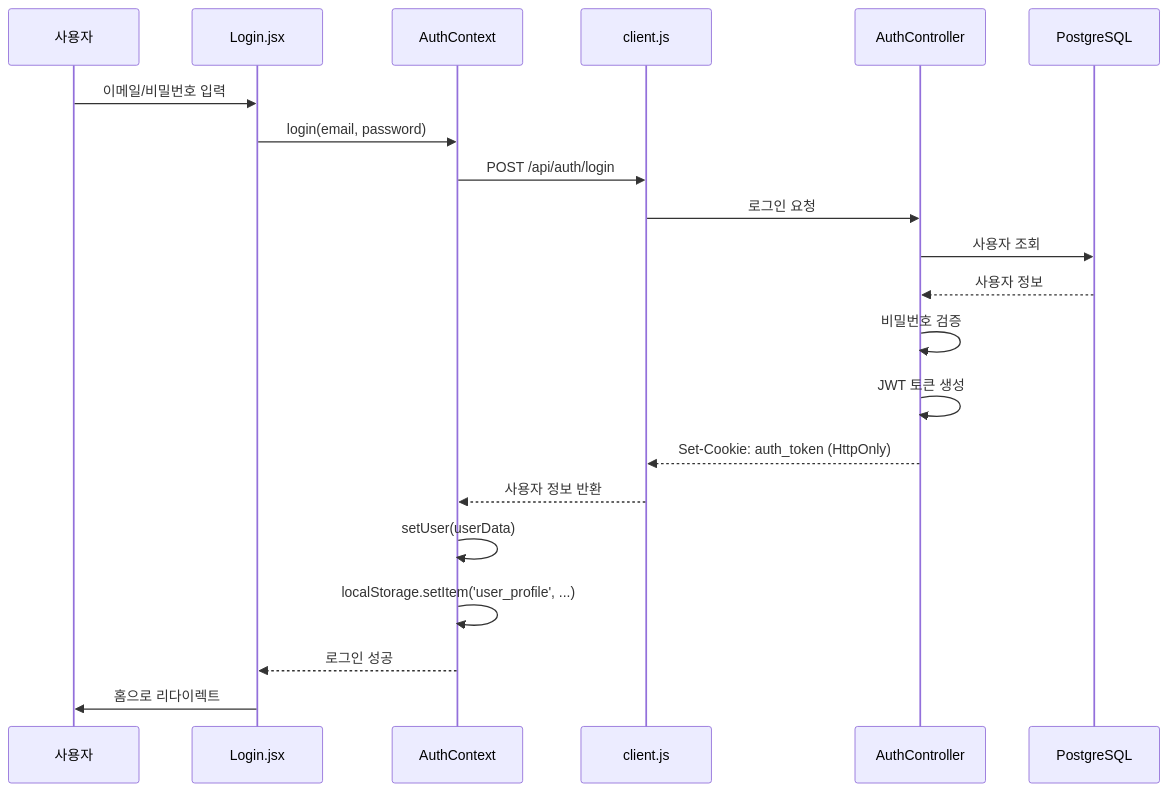
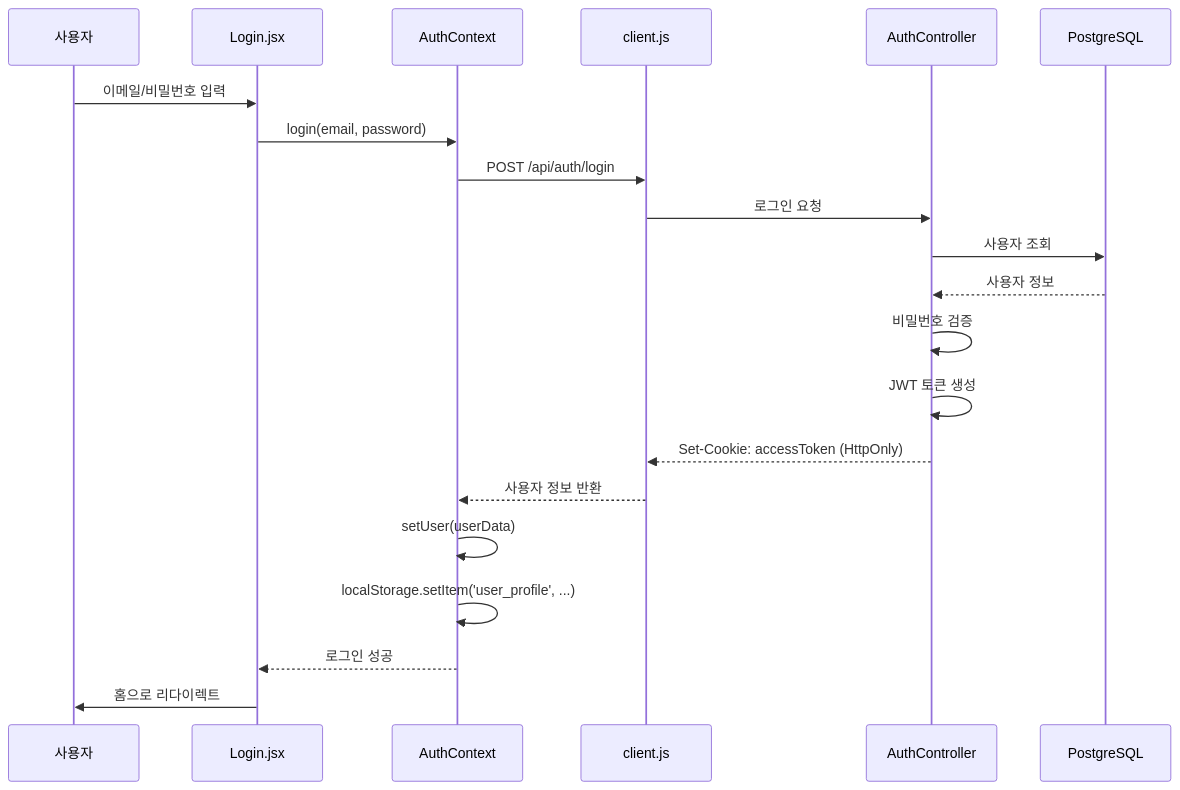
Before and after one commit to ApplyYoon/11st_Benchmarking: the second of 10 diagrams in APPLICATION_FLOW.md, drawn with Mermaid. The commit also changed 3 other files, not shown here.

````diff
--- a/APPLICATION_FLOW.md
+++ b/APPLICATION_FLOW.md
@@ -121,24 +121,24 @@
 ```mermaid
 sequenceDiagram
     participant User as 사용자
     participant Login as Login.jsx
     participant Auth as AuthContext
     participant API as client.js
     participant Backend as AuthController
     participant DB as PostgreSQL
 
     User->>Login: 이메일/비밀번호 입력
     Login->>Auth: login(email, password)
     Auth->>API: POST /api/auth/login
     API->>Backend: 로그인 요청
     Backend->>DB: 사용자 조회
     DB-->>Backend: 사용자 정보
     Backend->>Backend: 비밀번호 검증
     Backend->>Backend: JWT 토큰 생성
-    Backend-->>API: Set-Cookie: auth_token (HttpOnly)
+    Backend-->>API: Set-Cookie: accessToken (HttpOnly)
     API-->>Auth: 사용자 정보 반환
     Auth->>Auth: setUser(userData)
     Auth->>Auth: localStorage.setItem('user_profile', ...)
     Auth-->>Login: 로그인 성공
     Login->>User: 홈으로 리다이렉트
 ```
````
